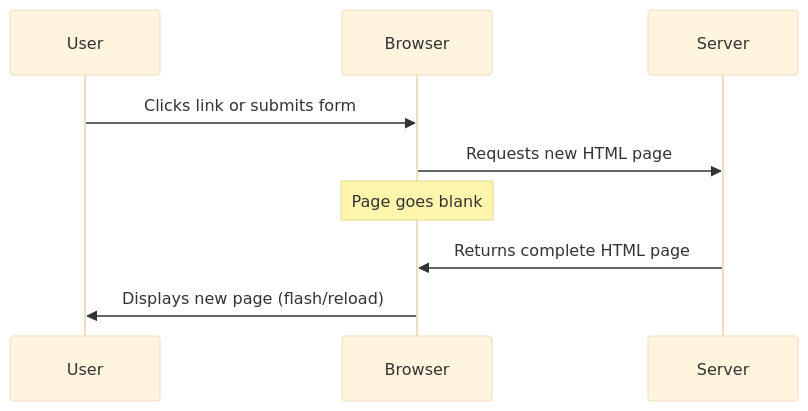
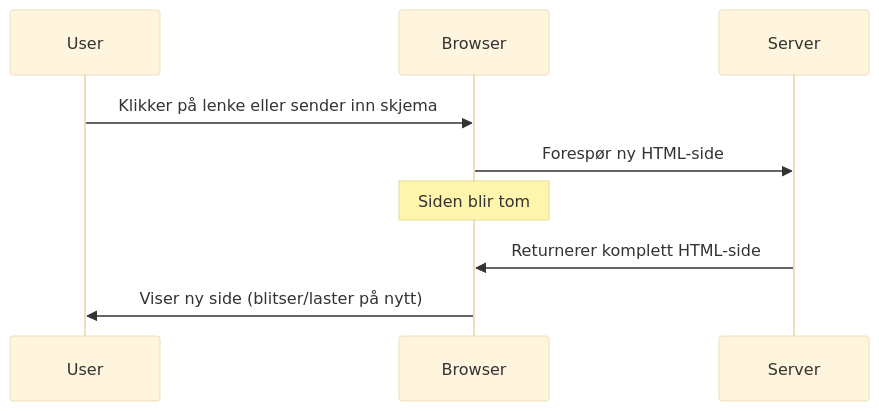
Before and after one commit to microsoft/Web-Dev-For-Beginners: the fourth of 11 diagrams in translations/no/7-bank-project/3-data/README.md, drawn with Mermaid (base theme). The commit also changed other lines of this file and 99 other files, not shown here.

````diff
--- a/translations/no/7-bank-project/3-data/README.md
+++ b/translations/no/7-bank-project/3-data/README.md
@@ -52,12 +147,12 @@
 ```mermaid
 sequenceDiagram
     participant User
     participant Browser
     participant Server
     
-    User->>Browser: Clicks link or submits form
-    Browser->>Server: Requests new HTML page
-    Note over Browser: Page goes blank
-    Server->>Browser: Returns complete HTML page
-    Browser->>User: Displays new page (flash/reload)
-```
+    User->>Browser: Klikker på lenke eller sender inn skjema
+    Browser->>Server: Forespør ny HTML-side
+    Note over Browser: Siden blir tom
+    Server->>Browser: Returnerer komplett HTML-side
+    Browser->>User: Viser ny side (blitser/laster på nytt)
+```  
````
